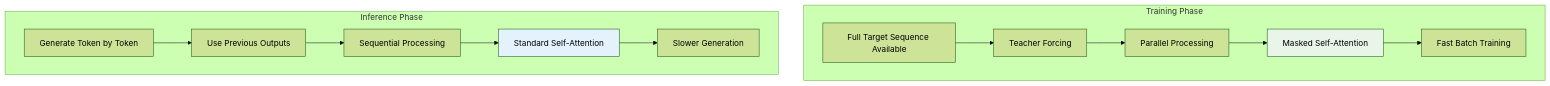
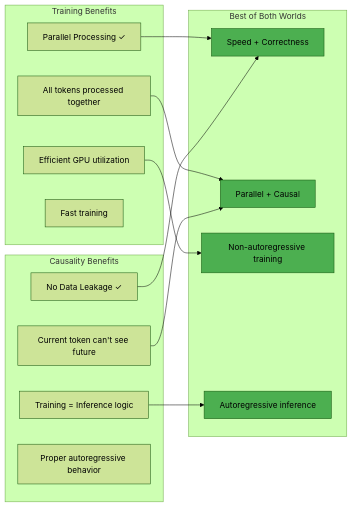
Diagram 20 of 55 in CampusX/100-days-deep-learning/81-masked-multi-head-attention-transformer-decoder.md (Sankhyesh/AI-Learning-Roadmap-2024), drawn with Mermaid (forest theme) before and after one commit. The commit also changed other lines of this file, not shown here.

````diff
--- a/CampusX/100-days-deep-learning/81-masked-multi-head-attention-transformer-decoder.md
+++ b/CampusX/100-days-deep-learning/81-masked-multi-head-attention-transformer-decoder.md
@@ -396,31 +768,35 @@
 ```mermaid
-graph TD
-    subgraph "Training Phase"
-        TR1[Full Target Sequence Available]
-        TR2[Teacher Forcing]
-        TR3[Parallel Processing]
-        TR4[Masked Self-Attention]
-        TR5[Fast Batch Training]
+graph LR
+    subgraph "Training Benefits"
+        A[Parallel Processing ✓] 
+        B[All tokens processed together]
+        C[Efficient GPU utilization]
+        D[Fast training]
     end
     
-    subgraph "Inference Phase"
-        IN1[Generate Token by Token]
-        IN2[Use Previous Outputs]
-        IN3[Sequential Processing]
-        IN4[Standard Self-Attention]
-        IN5[Slower Generation]
+    subgraph "Causality Benefits"
+        E[No Data Leakage ✓]
+        F[Current token can't see future]
+        G[Training = Inference logic]
+        H[Proper autoregressive behavior]
     end
     
-    TR1 --> TR2
-    TR2 --> TR3
-    TR3 --> TR4
-    TR4 --> TR5
+    subgraph "Best of Both Worlds"
+        I[Speed + Correctness]
+        J[Parallel + Causal]
+        K[Non-autoregressive training]
+        L[Autoregressive inference]
+    end
     
-    IN1 --> IN2
-    IN2 --> IN3
-    IN3 --> IN4
-    IN4 --> IN5
+    A --> I
+    E --> I
+    B --> J
+    F --> J
+    C --> K
+    G --> L
     
-    style TR4 fill:#e8f5e8
-    style IN4 fill:#e3f2fd
+    style I fill:#4caf50
+    style J fill:#4caf50
+    style K fill:#4caf50
+    style L fill:#4caf50
 ```
````
